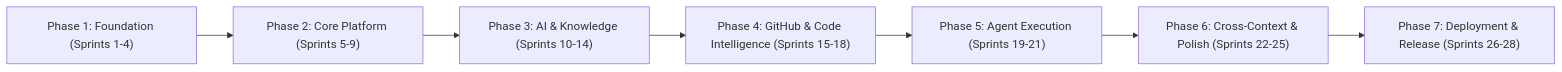
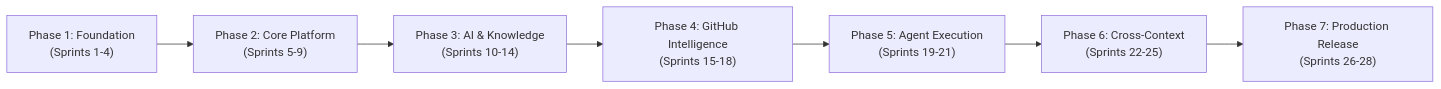
One commit to Raj-Patel7807/kontexa changed the diagram in docs/ROADMAP.md. Above: the diagram before and after it, drawn with Mermaid. The commit also changed other lines of this file and 4 other files, not shown here.

````diff
--- a/docs/ROADMAP.md
+++ b/docs/ROADMAP.md
@@ -9,9 +11,9 @@
 ```mermaid
 flowchart LR
-    P1["Phase 1: Foundation (Sprints 1-4)"] --> P2["Phase 2: Core Platform (Sprints 5-9)"]
-    P2 --> P3["Phase 3: AI & Knowledge (Sprints 10-14)"]
-    P3 --> P4["Phase 4: GitHub & Code Intelligence (Sprints 15-18)"]
-    P4 --> P5["Phase 5: Agent Execution (Sprints 19-21)"]
-    P5 --> P6["Phase 6: Cross-Context & Polish (Sprints 22-25)"]
-    P6 --> P7["Phase 7: Deployment & Release (Sprints 26-28)"]
+    P1["Phase 1: Foundation<br/>(Sprints 1-4)"] --> P2["Phase 2: Core Platform<br/>(Sprints 5-9)"]
+    P2 --> P3["Phase 3: AI & Knowledge<br/>(Sprints 10-14)"]
+    P3 --> P4["Phase 4: GitHub Intelligence<br/>(Sprints 15-18)"]
+    P4 --> P5["Phase 5: Agent Execution<br/>(Sprints 19-21)"]
+    P5 --> P6["Phase 6: Cross-Context<br/>(Sprints 22-25)"]
+    P6 --> P7["Phase 7: Production Release<br/>(Sprints 26-28)"]
 ```
````
